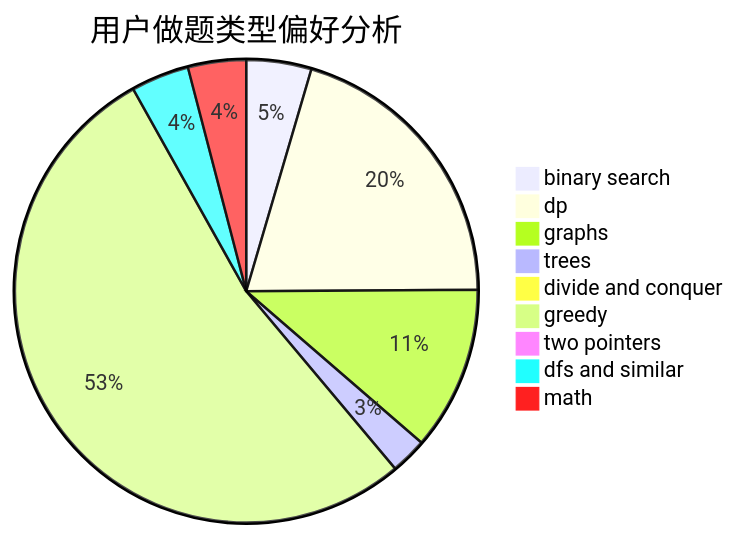
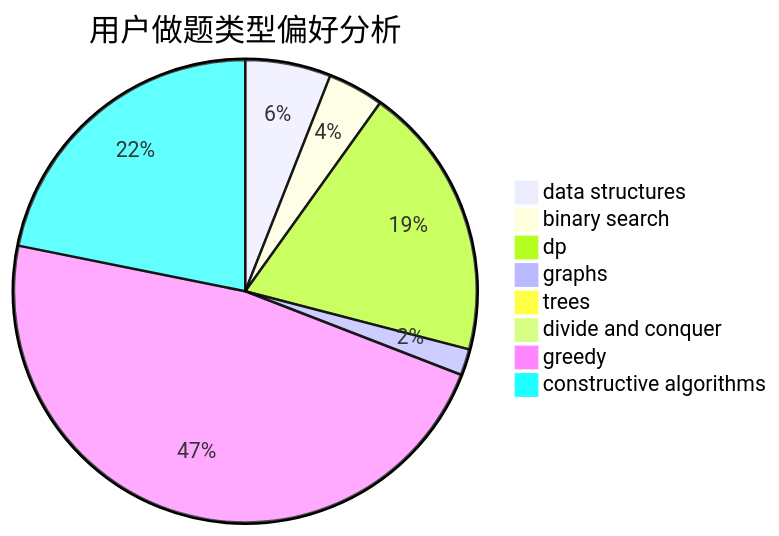
The second of 3 diagrams in docs/user/u1981.md (sherpahu/cfrs.github.io), drawn with Mermaid before and after one commit. The commit also changed other lines of this file and 2775 other files, not shown here.

````diff
--- a/docs/user/u1981.md
+++ b/docs/user/u1981.md
@@ -23,12 +23,11 @@
 ```mermaid
 pie title 用户做题类型偏好分析
-    "binary search" :  75
-    "dp" :  336
-    "graphs" :  189
-    "trees" :  42
+    "data structures" :  78
+    "binary search" :  51
+    "dp" :  250
+    "graphs" :  24
+    "trees" :  7
     "divide and conquer" :  1
-    "greedy" :  875
-    "two pointers" :  3
-    "dfs and similar" :  67
-    "math" :  67
+    "greedy" :  617
+    "constructive algorithms" :  285
 ```
````
